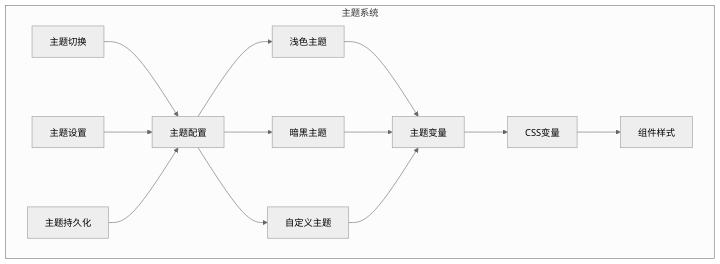
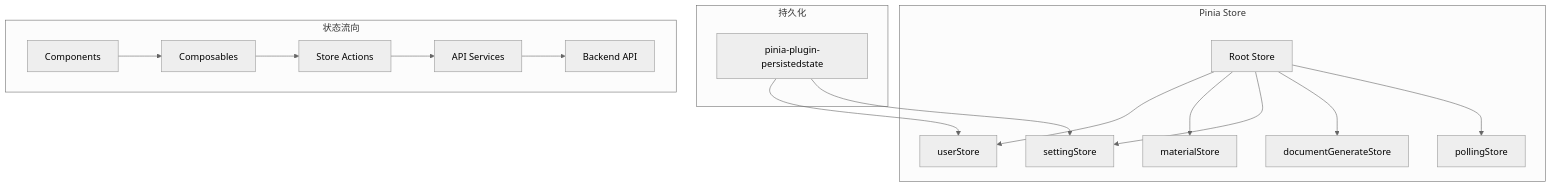
One commit to gastby-ghost/renews_frontend changed the fifth of 9 diagrams in 系统架构简化版.md. Above: the diagram before and after it, drawn with Mermaid (neutral theme). The commit also changed other lines of this file and 10 other files, not shown here.

````diff
--- a/系统架构简化版.md
+++ b/系统架构简化版.md
@@ -527,19 +688,22 @@
 ```mermaid
 graph TB
-    subgraph "主题系统"
-        A[主题配置] --> B[浅色主题]
-        A --> C[暗黑主题]
-        A --> D[自定义主题]
+    subgraph "Pinia Store"
+        A[Root Store] --> B[userStore]
+        A --> C[materialStore]
+        A --> D[settingStore]
+        A --> E[documentGenerateStore]
+        A --> F[pollingStore]
+    end
 
-        B --> E[主题变量]
-        C --> E
-        D --> E
+    subgraph "持久化"
+        G[pinia-plugin-persistedstate] --> B
+        G --> D
+    end
 
-        E --> F[CSS变量]
-        F --> G[组件样式]
-
-        H[主题切换] --> A
-        I[主题设置] --> A
-        J[主题持久化] --> A
+    subgraph "状态流向"
+        H[Components] --> I[Composables]
+        I --> J[Store Actions]
+        J --> K[API Services]
+        K --> L[Backend API]
     end
 ```
````
